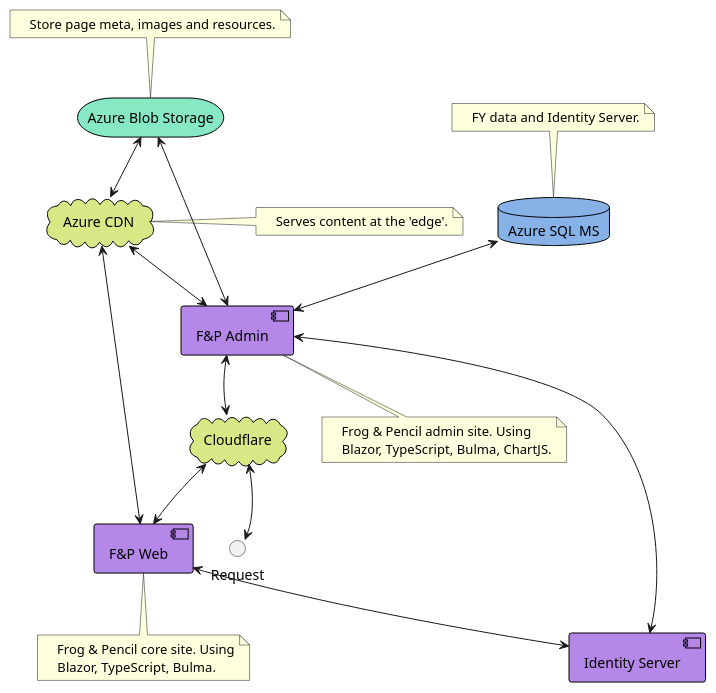
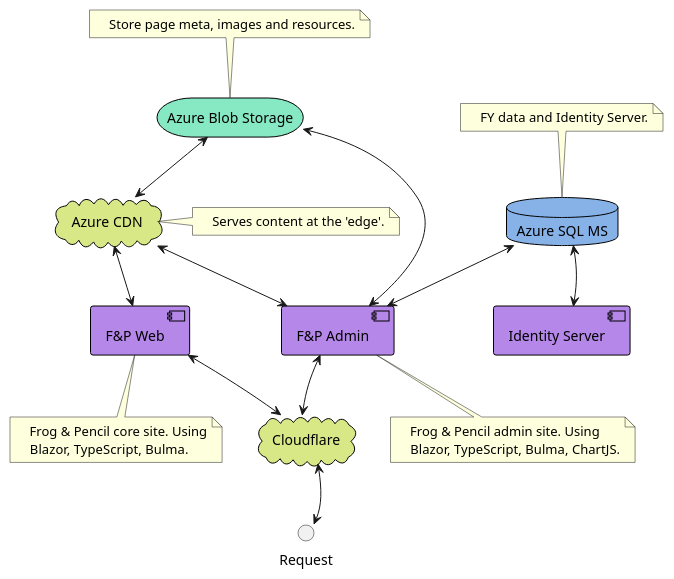
Before and after one commit to bearandhammer/knowledge-vault: the second of 2 diagrams in obsidian-vault/🐸 Frog & Pencil/Architecture Diagram.md, drawn with PlantUML.

Commit message:
Lews PC vault backup: 07/04/2022 08:53:19
Affected files:
obsidian-vault/🐸 Frog & Pencil/Architecture Diagram.md

````diff
--- a/obsidian-vault/🐸 Frog & Pencil/Architecture Diagram.md
+++ b/obsidian-vault/🐸 Frog & Pencil/Architecture Diagram.md
@@ -71,10 +71,10 @@
 component "F&P Admin" as FPA {
 }
 
-component "Identity Server" as IS {
+cloud "Azure CDN" as ACDN {
 }
 
-cloud "Azure CDN" as ACDN {
+component "Identity Server" as IS {
 }
 
 note top of ABS  
@@ -107,12 +107,10 @@
 FPA <--> CF
 CF <--> FPW
 REQ <--> CF
-FPA <--> IS
-FPW <--> IS
+IS <--> ASMS
 
 CF -[hidden]d-> REQ
 FPA -[hidden]-> CF
 FPW -[hidden]-> CF
-FPA -[hidden]> IS
-FPW -[hidden]> FPA
+ASMS -[hidden]-> IS
 ```
````
